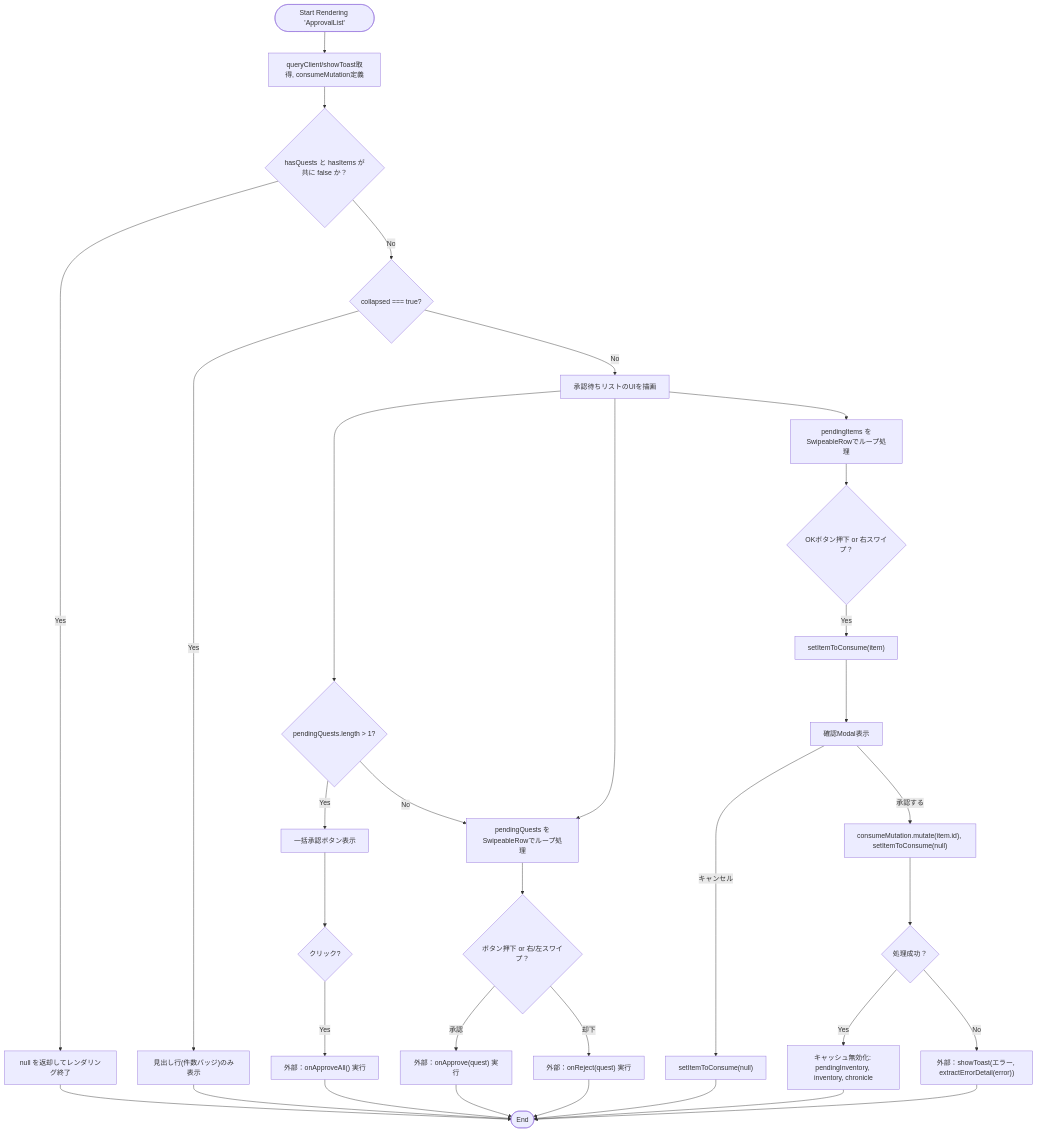
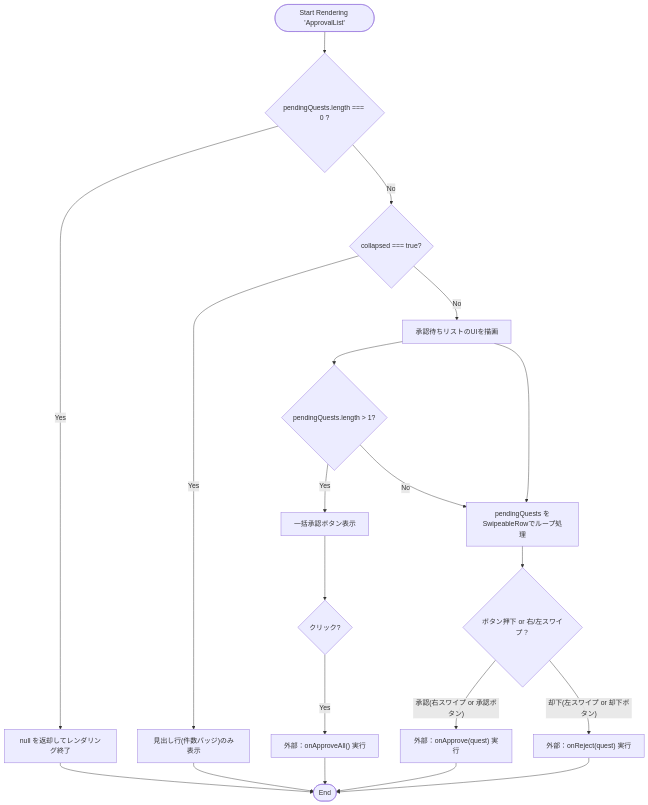
Before and after one commit to mmtigers/my_python_project: the first of 2 diagrams in docs/specifications/family-quest/src/features/quest/components/ApprovalList.md, drawn with Mermaid. The commit also changed other lines of this file and 6 other files, not shown here.

````diff
--- a/docs/specifications/family-quest/src/features/quest/components/ApprovalList.md
+++ b/docs/specifications/family-quest/src/features/quest/components/ApprovalList.md
@@ -135,32 +109,20 @@
 ```mermaid
 flowchart TD
-    Start(["Start Rendering 'ApprovalList'"]) --> Init["queryClient/showToast取得, consumeMutation定義"]
-    Init --> CheckEmpty{"hasQuests と hasItems が共に false か？"}
+    Start(["Start Rendering 'ApprovalList'"]) --> CheckEmpty{"pendingQuests.length === 0 ?"}
 
     CheckEmpty -->|"Yes"| ReturnNull["null を返却してレンダリング終了"] --> End(["End"])
     CheckEmpty -->|"No"| ToggleCheck{"collapsed === true?"}
     ToggleCheck -->|"Yes"| HeaderOnly["見出し行(件数バッジ)のみ表示"] --> End
     ToggleCheck -->|"No"| RenderUI["承認待ちリストのUIを描画"]
 
     RenderUI --> CheckMulti{"pendingQuests.length > 1?"}
     CheckMulti -- Yes --> ApproveAllBtn["一括承認ボタン表示"]
     ApproveAllBtn --> ApproveAllClick{"クリック?"}
     ApproveAllClick -- Yes --> CallOnApproveAll["外部：onApproveAll() 実行"] --> End
     CheckMulti -- No --> QuestList
 
     RenderUI --> QuestList["pendingQuests をSwipeableRowでループ処理"]
     QuestList --> QuestGesture{"ボタン押下 or 右/左スワイプ？"}
-    QuestGesture -- 承認 --> CallOnApprove["外部：onApprove(quest) 実行"] --> End
-    QuestGesture -- 却下 --> CallOnReject["外部：onReject(quest) 実行"] --> End
-
-    RenderUI --> ItemList["pendingItems をSwipeableRowでループ処理"]
-    ItemList --> ItemGesture{"OKボタン押下 or 右スワイプ？"}
-    ItemGesture -->|"Yes"| SetItemToConsume["setItemToConsume(item)"]
-    SetItemToConsume --> ConfirmModal["確認Modal表示"]
-    ConfirmModal -->|"承認する"| MutateItem["consumeMutation.mutate(item.id), setItemToConsume(null)"]
-    ConfirmModal -->|"キャンセル"| CloseModal["setItemToConsume(null)"] --> End
-
-    MutateItem --> MutateSuccess{"処理成功？"}
-    MutateSuccess -->|"Yes"| InvalidateQueries["キャッシュ無効化: pendingInventory, inventory, chronicle"] --> End
-    MutateSuccess -->|"No"| ShowErrorToast["外部：showToast(エラー, extractErrorDetail(error))"] --> End
+    QuestGesture -- 承認(右スワイプ or 承認ボタン) --> CallOnApprove["外部：onApprove(quest) 実行"] --> End
+    QuestGesture -- 却下(左スワイプ or 却下ボタン) --> CallOnReject["外部：onReject(quest) 実行"] --> End
 ```
````
